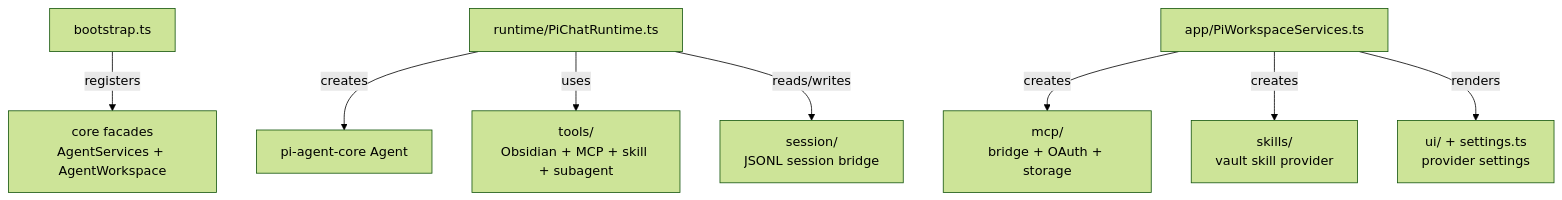
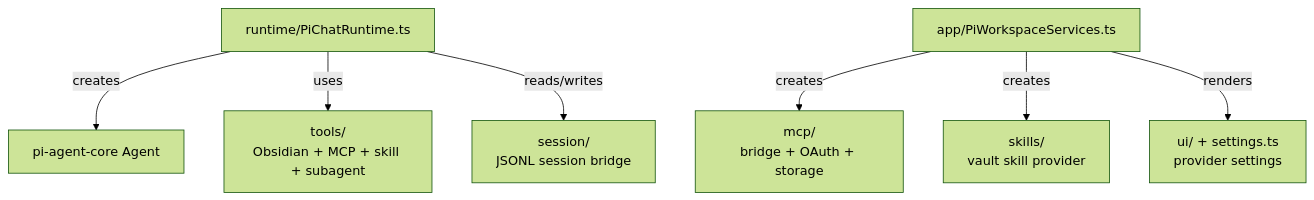
Before and after one commit to shuuul/obsidian-pivi: the diagram in src/pi/AGENTS.md, drawn with Mermaid (forest theme). The commit also changed other lines of this file and 155 other files, not shown here.

````diff
--- a/src/pi/AGENTS.md
+++ b/src/pi/AGENTS.md
@@ -7,10 +7,9 @@
 ```mermaid
 flowchart TD
-  Bootstrap["bootstrap.ts"] -- "registers" --> Services["core facades<br/>AgentServices + AgentWorkspace"]
   Runtime["runtime/PiChatRuntime.ts"] -- "creates" --> Agent["pi-agent-core Agent"]
   Runtime -- "uses" --> Tools["tools/<br/>Obsidian + MCP + skill + subagent"]
   Runtime -- "reads/writes" --> Session["session/<br/>JSONL session bridge"]
   Workspace["app/PiWorkspaceServices.ts"] -- "creates" --> Mcp["mcp/<br/>bridge + OAuth + storage"]
   Workspace -- "creates" --> Skills["skills/<br/>vault skill provider"]
   Workspace -- "renders" --> UI["ui/ + settings.ts<br/>provider settings"]
 ```
````
